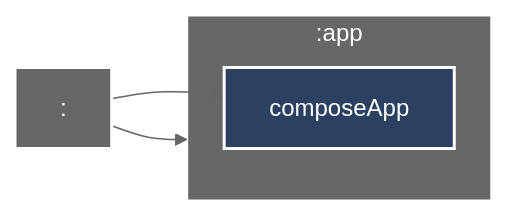
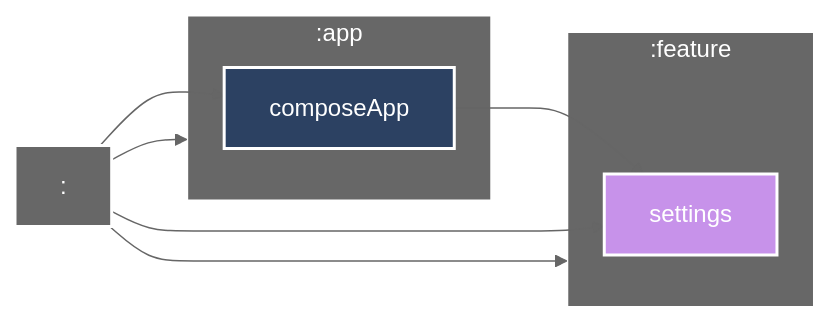
Before and after one commit to yasanglass/magic: the diagram in README.md, drawn with Mermaid. The commit also changed 14 other files, not shown here.

````diff
--- a/README.md
+++ b/README.md
@@ -17,23 +17,35 @@
 ```mermaid
 %%{
   init: {
     'theme': 'neutral'
   }
 }%%
 
 graph LR
   :app["app"]
+  :feature["feature"]
   subgraph :app
     :app:composeApp["composeApp"]
+    :app:composeApp["composeApp"]
+  end
+  subgraph :feature
+    :feature:settings["settings"]
+    :feature:settings["settings"]
   end
 
+  :app:composeApp --> :feature:settings
   : --> :app
+  : --> :feature
   : --> :app:composeApp
+  : --> :feature:settings
 
+classDef android-application fill:#2C4162,stroke:#fff,stroke-width:2px,color:#fff;
+classDef kotlin-multiplatform fill:#C792EA,stroke:#fff,stroke-width:2px,color:#fff;
 classDef unknown fill:#676767,stroke:#fff,stroke-width:2px,color:#fff;
-classDef android-application fill:#2C4162,stroke:#fff,stroke-width:2px,color:#fff;
+class :app:composeApp android-application
+class :feature:settings kotlin-multiplatform
 class : unknown
 class :app unknown
-class :app:composeApp android-application
+class :feature unknown
 
 ```
````
